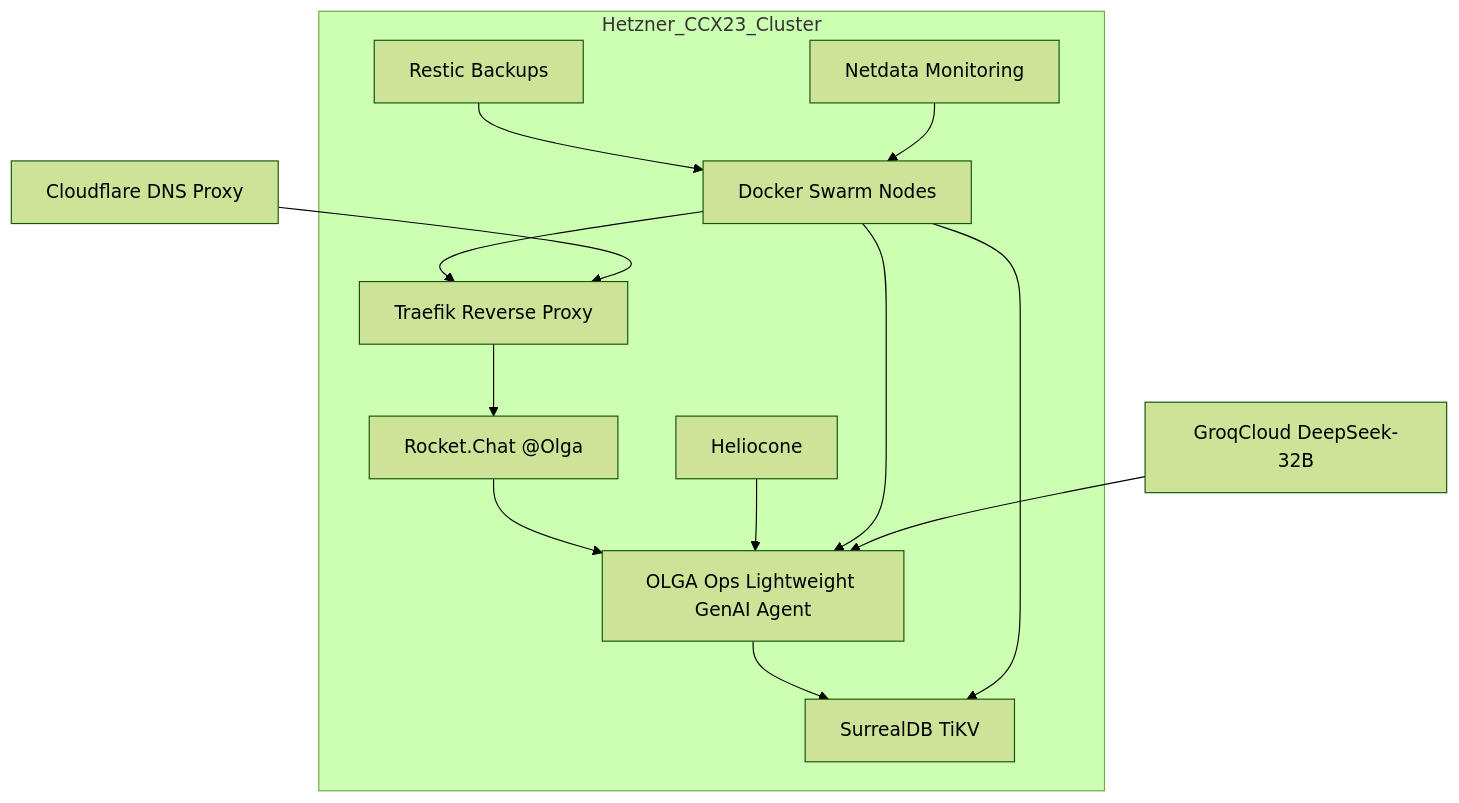
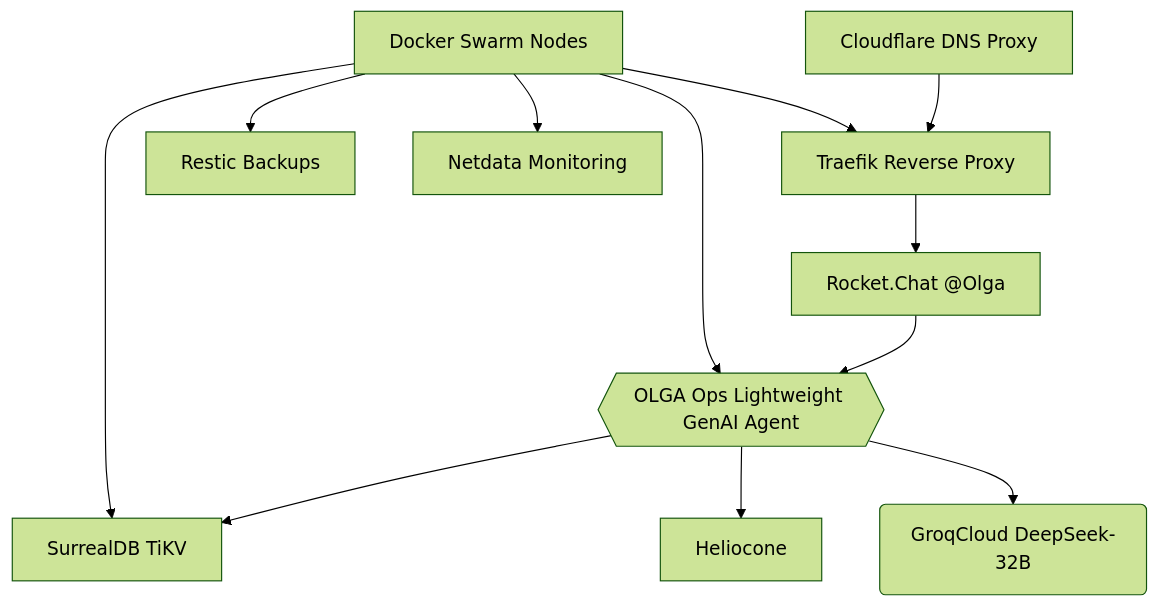
Before and after one commit to deepbrainspace/deepbrain-stack: the second of 4 diagrams in projects/bnb/v6-b.md, drawn with Mermaid (forest theme). The commit also changed other lines of this file, not shown here.

````diff
--- a/projects/bnb/v6-b.md
+++ b/projects/bnb/v6-b.md
@@ -86,17 +48,14 @@
 ```mermaid
-graph TD
-    subgraph Hetzner_CCX23_Cluster
-        A[Rocket.Chat @Olga] --> B[OLGA Ops Lightweight GenAI Agent]
-        B --> C[SurrealDB TiKV]
-        E[Traefik Reverse Proxy] --> A
-        F[Heliocone] --> B
-        Q[Docker Swarm Nodes] --> E
-        Q --> C
-        Q --> B
-        R[Restic Backups] --> Q
-        S[Netdata Monitoring] --> Q
-    end
-
-    T[GroqCloud DeepSeek-32B] --> B
-    U[Cloudflare DNS Proxy] --> E
+flowchart TD
+    U[Cloudflare DNS Proxy] --> E[Traefik Reverse Proxy]
+    E --> A[Rocket.Chat @Olga]
+    A --> B{{OLGA Ops Lightweight GenAI Agent}}
+    B --> C[SurrealDB TiKV]
+    B --> F[Heliocone]
+    B --> T(GroqCloud DeepSeek-32B)
+    Q[Docker Swarm Nodes] --> E
+    Q --> C
+    Q --> B
+    Q --> R[Restic Backups]
+    Q --> S[Netdata Monitoring]
 ```
````
